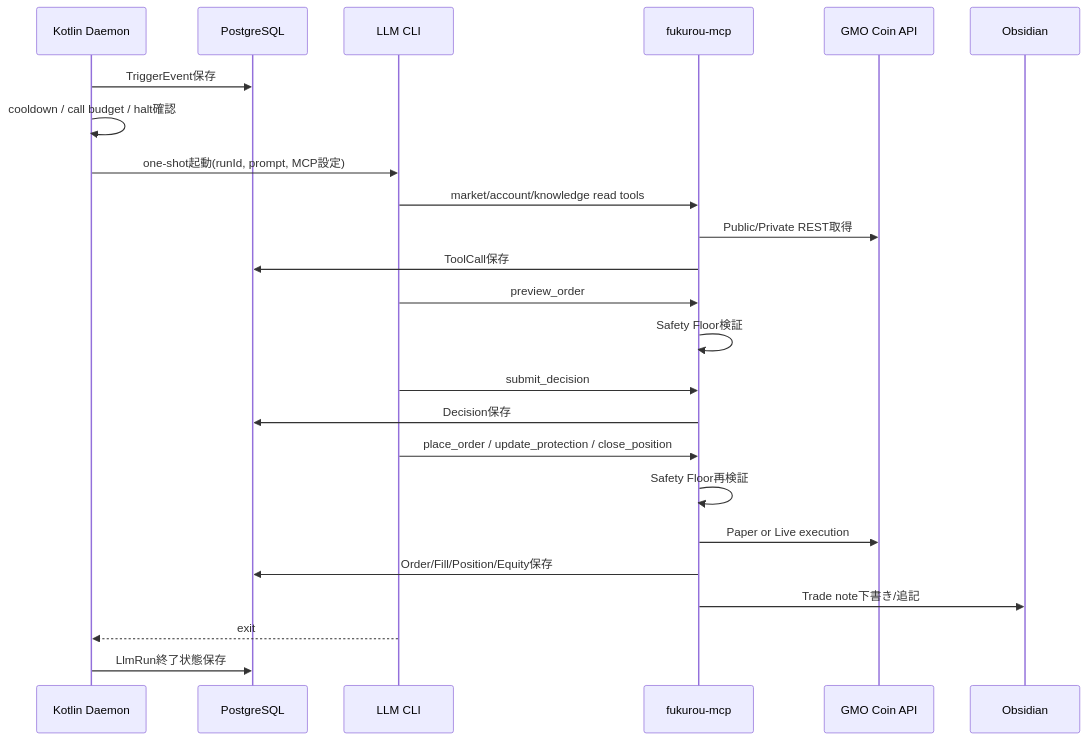
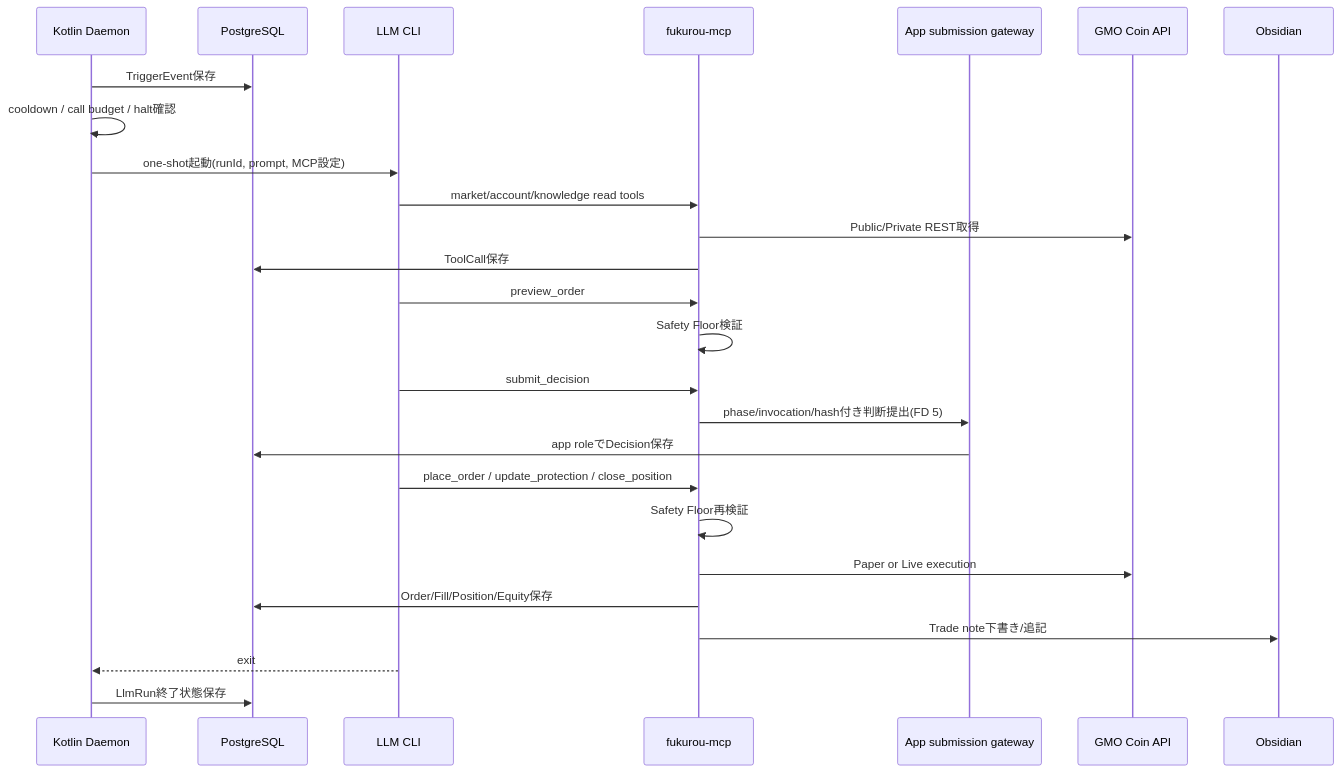
One commit to matsumo0922/fukurou changed the second of 2 diagrams in docs/design.md. Above: the diagram before and after it, drawn with Mermaid. The commit also changed other lines of this file and 72 other files, not shown here.

````diff
--- a/docs/design.md
+++ b/docs/design.md
@@ -165,27 +165,29 @@
 ```mermaid
 sequenceDiagram
     participant D as Kotlin Daemon
     participant DB as PostgreSQL
     participant CLI as LLM CLI
     participant MCP as fukurou-mcp
+    participant APP as App submission gateway
     participant GMO as GMO Coin API
     participant OBS as Obsidian
 
     D->>DB: TriggerEvent保存
     D->>D: cooldown / call budget / halt確認
     D->>CLI: one-shot起動(runId, prompt, MCP設定)
     CLI->>MCP: market/account/knowledge read tools
     MCP->>GMO: Public/Private REST取得
     MCP->>DB: ToolCall保存
     CLI->>MCP: preview_order
     MCP->>MCP: Safety Floor検証
     CLI->>MCP: submit_decision
-    MCP->>DB: Decision保存
+    MCP->>APP: phase/invocation/hash付き判断提出(FD 5)
+    APP->>DB: app roleでDecision保存
     CLI->>MCP: place_order / update_protection / close_position
     MCP->>MCP: Safety Floor再検証
     MCP->>GMO: Paper or Live execution
     MCP->>DB: Order/Fill/Position/Equity保存
     MCP->>OBS: Trade note下書き/追記
     CLI-->>D: exit
     D->>DB: LlmRun終了状態保存
 ```
````
